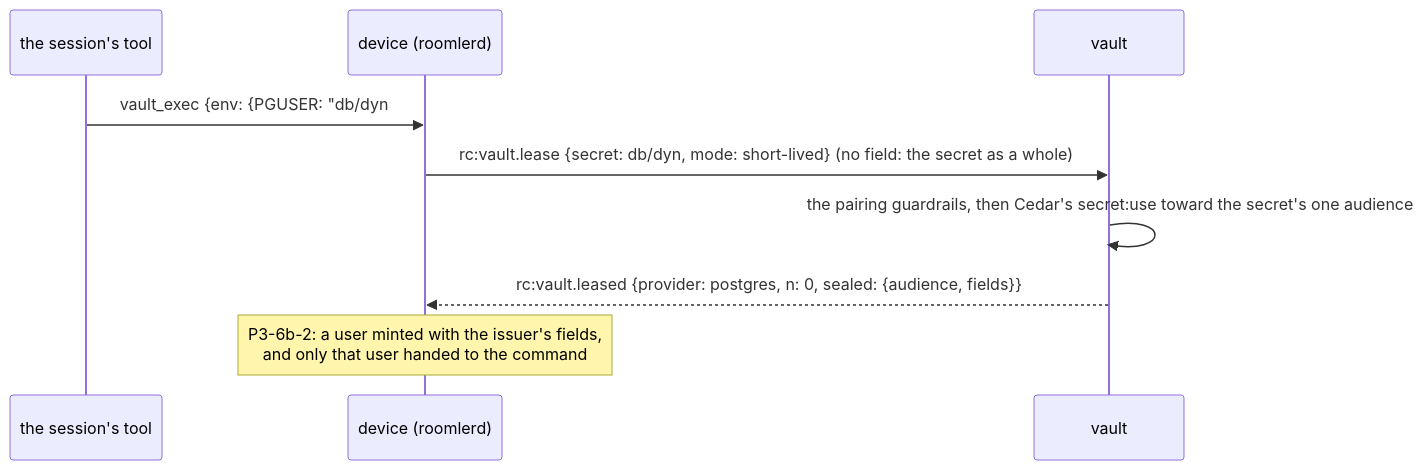
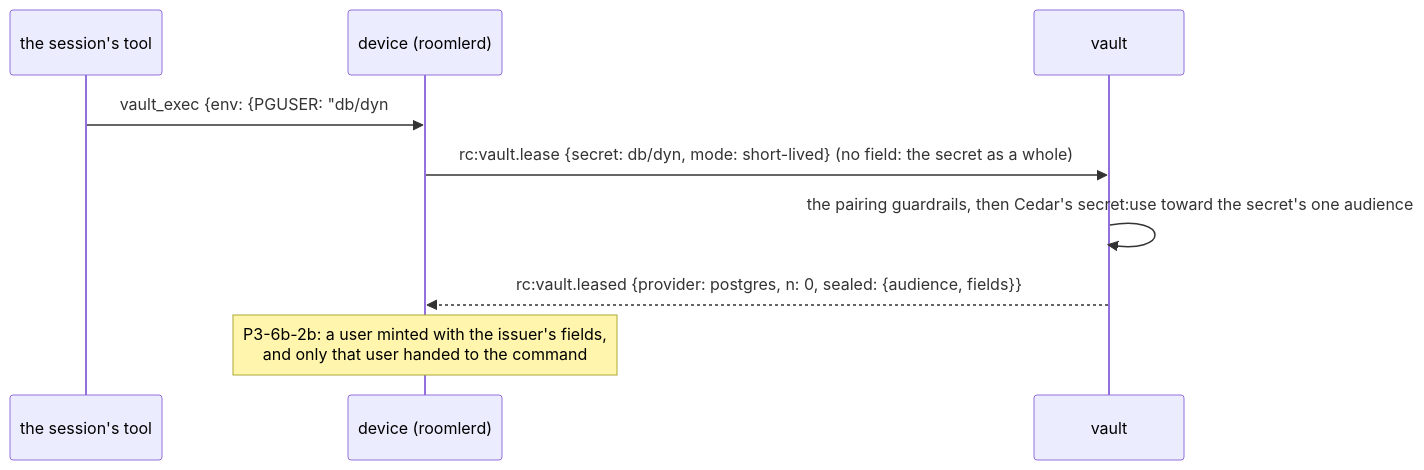
Diagram 22 of 23 in docs/vault.md (gjovanov/roomler-ai), drawn with Mermaid before and after one commit. The commit also changed other lines of this file and 8 other files, not shown here.

````diff
--- a/docs/vault.md
+++ b/docs/vault.md
@@ -1548,11 +1550,11 @@
 ```mermaid
 sequenceDiagram
     participant S as the session's tool
     participant D as device (roomlerd)
     participant V as vault
     S->>D: vault_exec {env: {PGUSER: "db/dyn#user", PGPASSWORD: "db/dyn#password"}}
     D->>V: rc:vault.lease {secret: db/dyn, mode: short-lived} (no field: the secret as a whole)
     V->>V: the pairing guardrails, then Cedar's secret:use toward the secret's one audience
     V-->>D: rc:vault.leased {provider: postgres, n: 0, sealed: {audience, fields}}
-    Note over D: P3-6b-2: a user minted with the issuer's fields,<br/>and only that user handed to the command
+    Note over D: P3-6b-2b: a user minted with the issuer's fields,<br/>and only that user handed to the command
 ```
````
